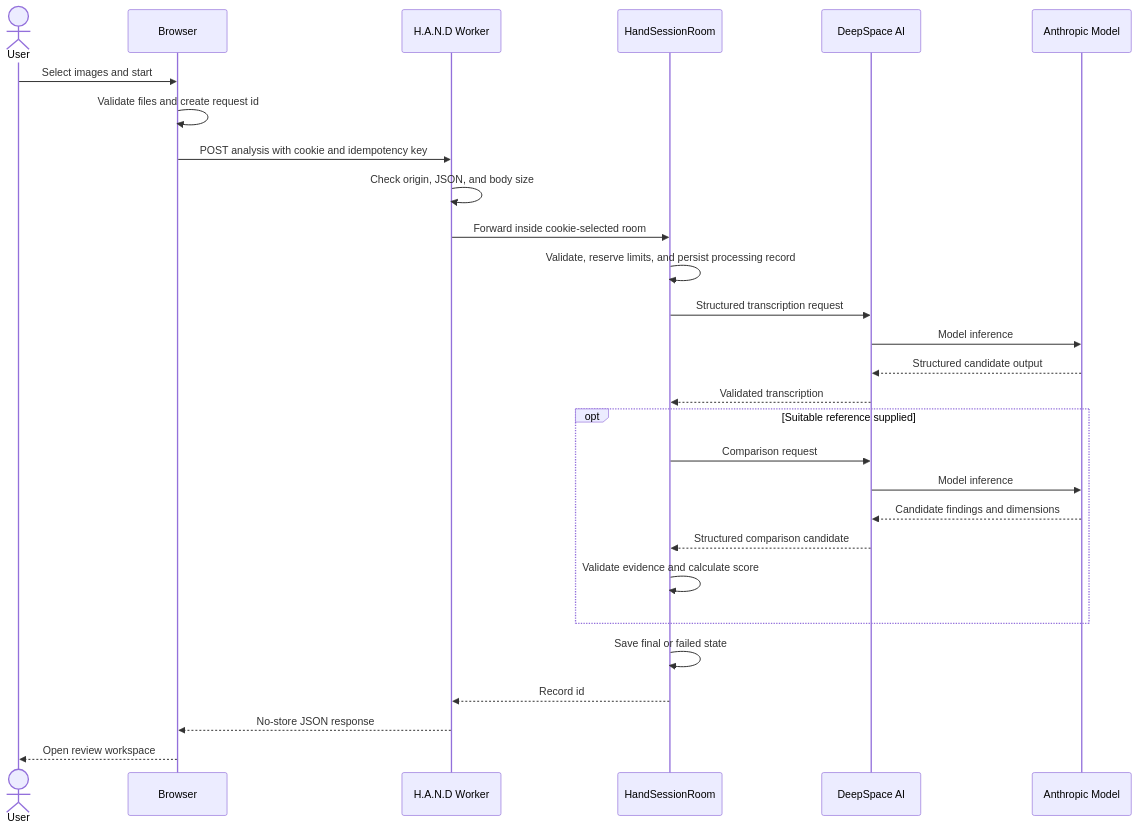
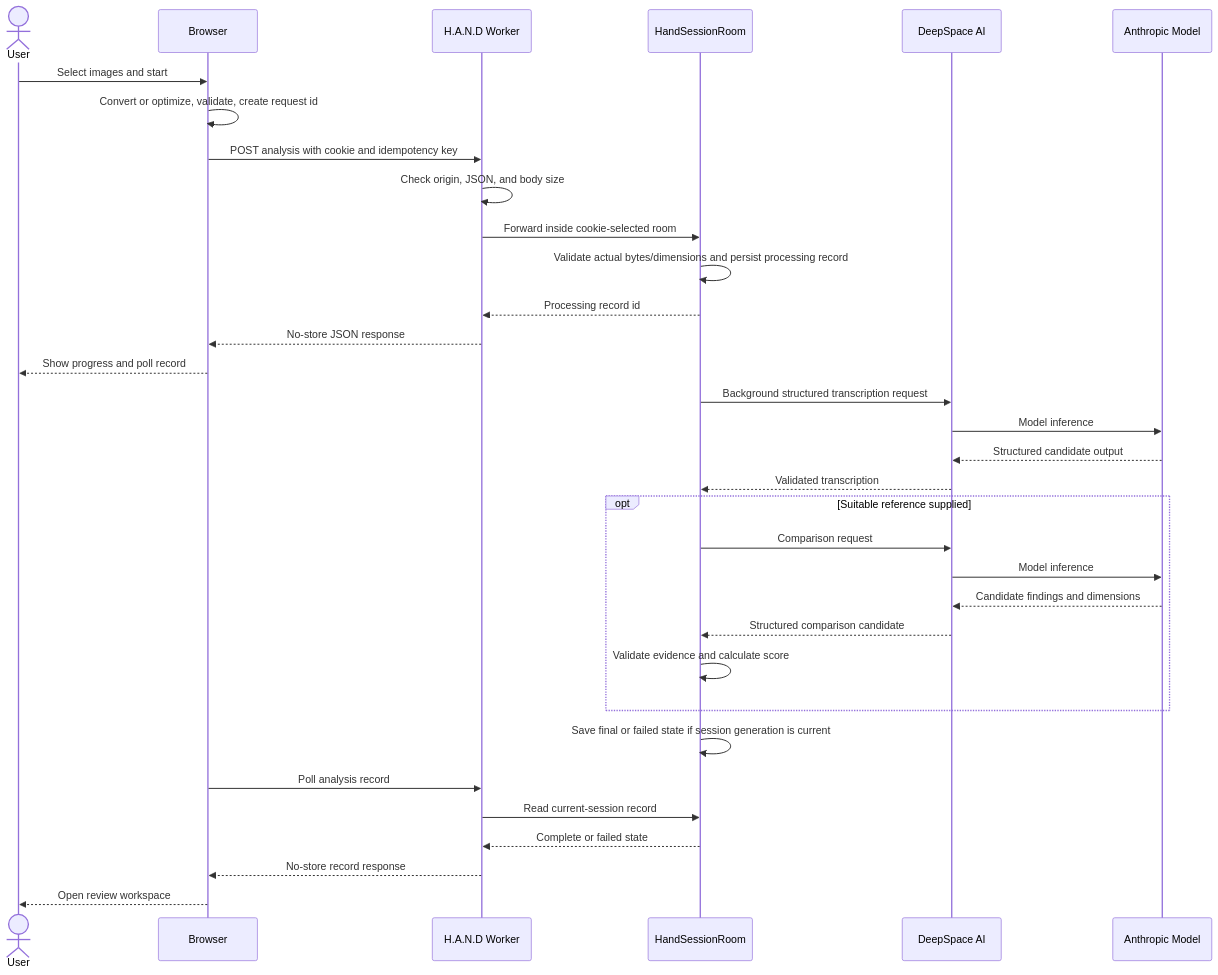
Before and after one commit to 592industries/hand: the diagram in diagrams/request-sequence.md, drawn with Mermaid. The commit also changed other lines of this file and 23 other files, not shown here.

````diff
--- a/diagrams/request-sequence.md
+++ b/diagrams/request-sequence.md
@@ -3,31 +3,36 @@
 ```mermaid
 sequenceDiagram
     actor User
     participant Browser
     participant Worker as H.A.N.D Worker
     participant Room as HandSessionRoom
     participant DeepSpace as DeepSpace AI
     participant Model as Anthropic Model
 
     User->>Browser: Select images and start
-    Browser->>Browser: Validate files and create request id
+    Browser->>Browser: Convert or optimize, validate, create request id
     Browser->>Worker: POST analysis with cookie and idempotency key
     Worker->>Worker: Check origin, JSON, and body size
     Worker->>Room: Forward inside cookie-selected room
-    Room->>Room: Validate, reserve limits, and persist processing record
-    Room->>DeepSpace: Structured transcription request
+    Room->>Room: Validate actual bytes/dimensions and persist processing record
+    Room-->>Worker: Processing record id
+    Worker-->>Browser: No-store JSON response
+    Browser-->>User: Show progress and poll record
+    Room->>DeepSpace: Background structured transcription request
     DeepSpace->>Model: Model inference
     Model-->>DeepSpace: Structured candidate output
     DeepSpace-->>Room: Validated transcription
     opt Suitable reference supplied
         Room->>DeepSpace: Comparison request
         DeepSpace->>Model: Model inference
         Model-->>DeepSpace: Candidate findings and dimensions
         DeepSpace-->>Room: Structured comparison candidate
         Room->>Room: Validate evidence and calculate score
     end
-    Room->>Room: Save final or failed state
-    Room-->>Worker: Record id
-    Worker-->>Browser: No-store JSON response
+    Room->>Room: Save final or failed state if session generation is current
+    Browser->>Worker: Poll analysis record
+    Worker->>Room: Read current-session record
+    Room-->>Worker: Complete or failed state
+    Worker-->>Browser: No-store record response
     Browser-->>User: Open review workspace
 ```
````
